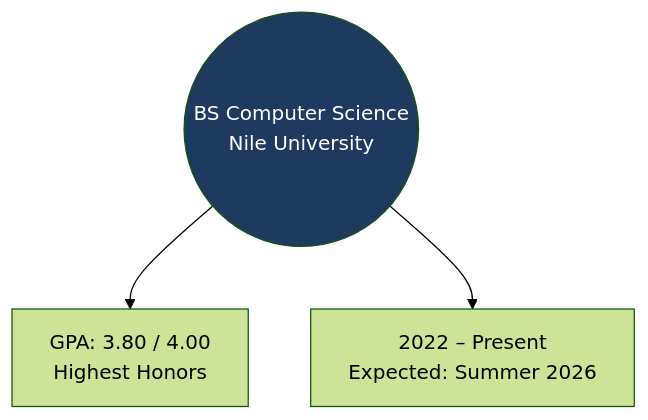
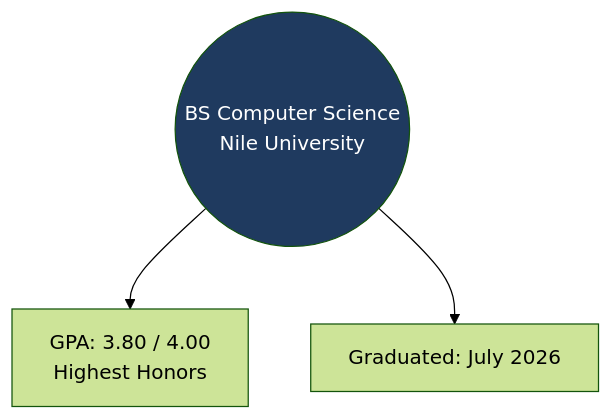
One commit to omar-28-2/omar-28-2 changed the fifth of 6 diagrams in README.md. Above: the diagram before and after it, drawn with Mermaid (forest theme). The commit also changed other lines of this file, not shown here.

````diff
--- a/README.md
+++ b/README.md
@@ -157,8 +158,8 @@
 ```mermaid
 graph TD
     Edu(("BS Computer Science<br/>Nile University"))
     Edu --> E1["GPA: 3.80 / 4.00<br/>Highest Honors"]
-    Edu --> E2["2022 – Present<br/>Expected: Summer 2026"]
+    Edu --> E2["Graduated: July 2026"]
 
     style Edu fill:#1f3a5f,color:#fff
 ```
````
